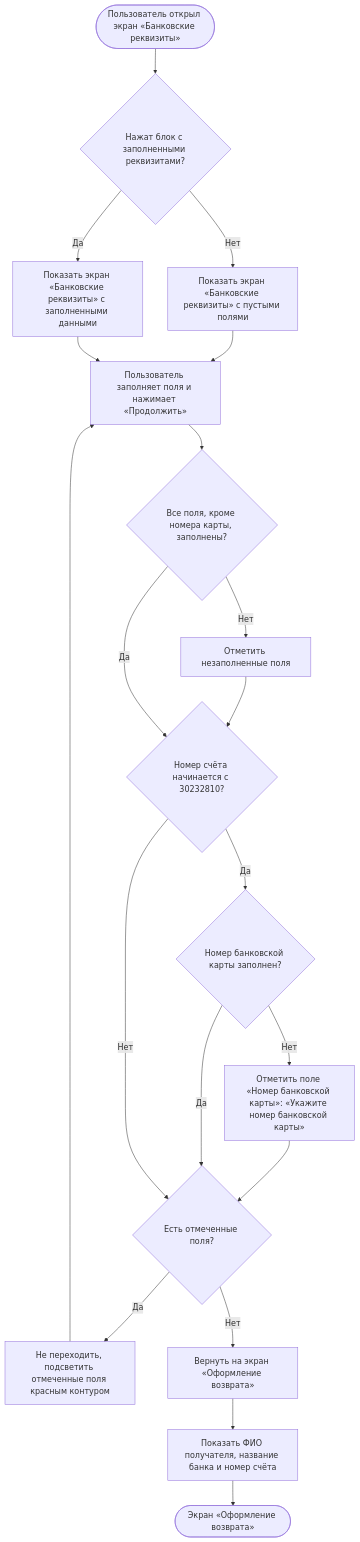
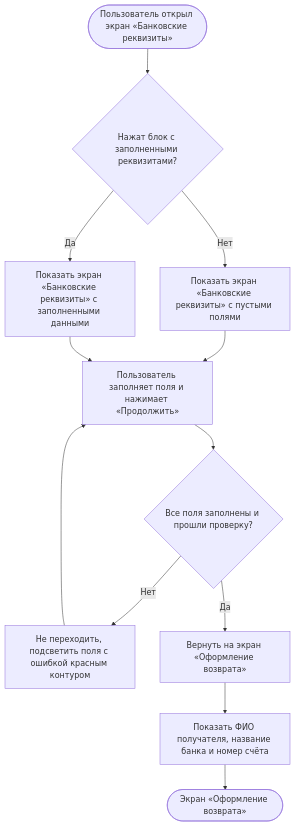
Diagram 16 of 26 in projects/returns-2.0/requirements/srs/srs-mobile-mvp.md (Terinss155/opencode-agents-analysis), drawn with Mermaid before and after one commit. The commit also changed other lines of this file and 33 other files, not shown here.

````diff
--- a/projects/returns-2.0/requirements/srs/srs-mobile-mvp.md
+++ b/projects/returns-2.0/requirements/srs/srs-mobile-mvp.md
@@ -1065,22 +1077,14 @@
 ```mermaid
 flowchart TD
     S([Пользователь открыл экран «Банковские реквизиты»]) --> E{"Нажат блок с заполненными реквизитами?"}
     E -->|Нет| E1["Показать экран «Банковские реквизиты» с пустыми полями"]
     E -->|Да| E2["Показать экран «Банковские реквизиты» с заполненными данными"]
     E1 --> F["Пользователь заполняет поля и нажимает «Продолжить»"]
     E2 --> F
-    F --> V{"Все поля, кроме номера карты, заполнены?"}
-    V -->|Нет| V1["Отметить незаполненные поля"]
-    V1 --> G
-    V -->|Да| G{"Номер счёта начинается с 30232810?"}
-    G -->|Да| G1{"Номер банковской карты заполнен?"}
-    G1 -->|Нет| G2["Отметить поле «Номер банковской карты»: «Укажите номер банковской карты»"]
-    G2 --> X
-    G1 -->|Да| X
-    G -->|Нет| X{"Есть отмеченные поля?"}
-    X -->|Да| X1["Не переходить, подсветить отмеченные поля красным контуром"]
+    F --> V{"Все поля заполнены и прошли проверку?"}
+    V -->|Нет| X1["Не переходить, подсветить поля с ошибкой красным контуром"]
     X1 --> F
-    X -->|Нет| H["Вернуть на экран «Оформление возврата»"]
+    V -->|Да| H["Вернуть на экран «Оформление возврата»"]
     H --> H1["Показать ФИО получателя, название банка и номер счёта"]
     H1 --> Z([Экран «Оформление возврата»])
 ```
````
